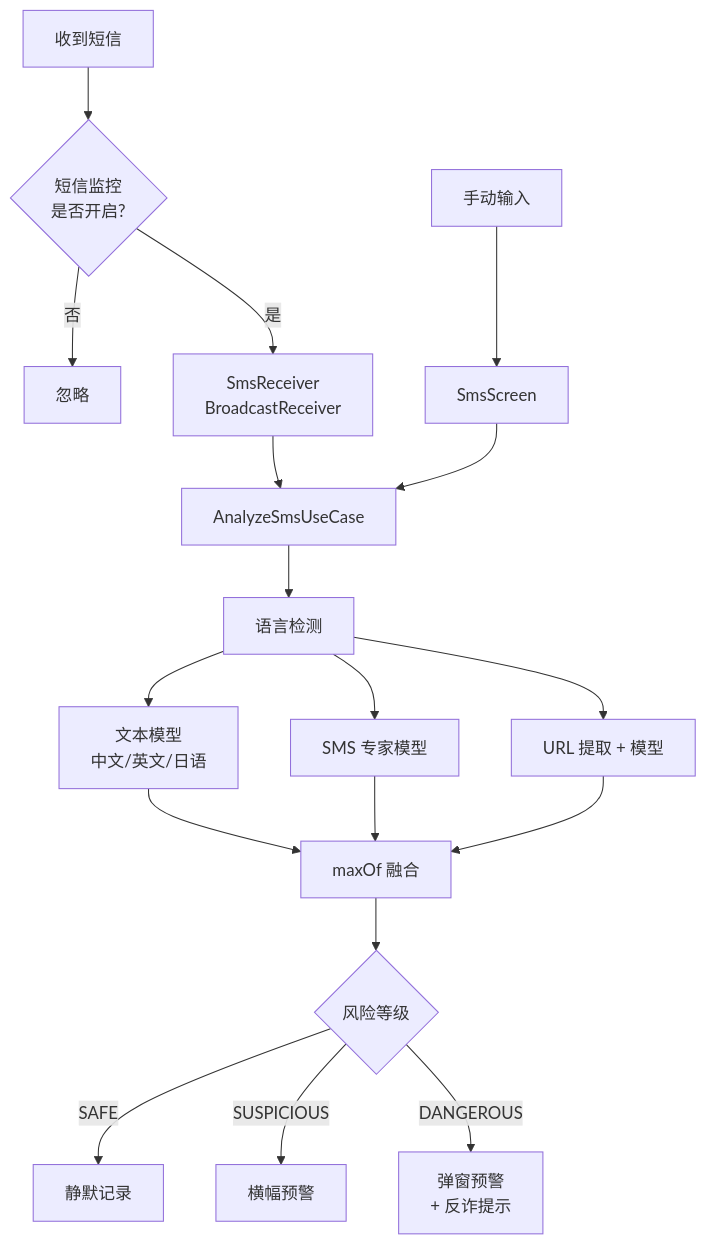
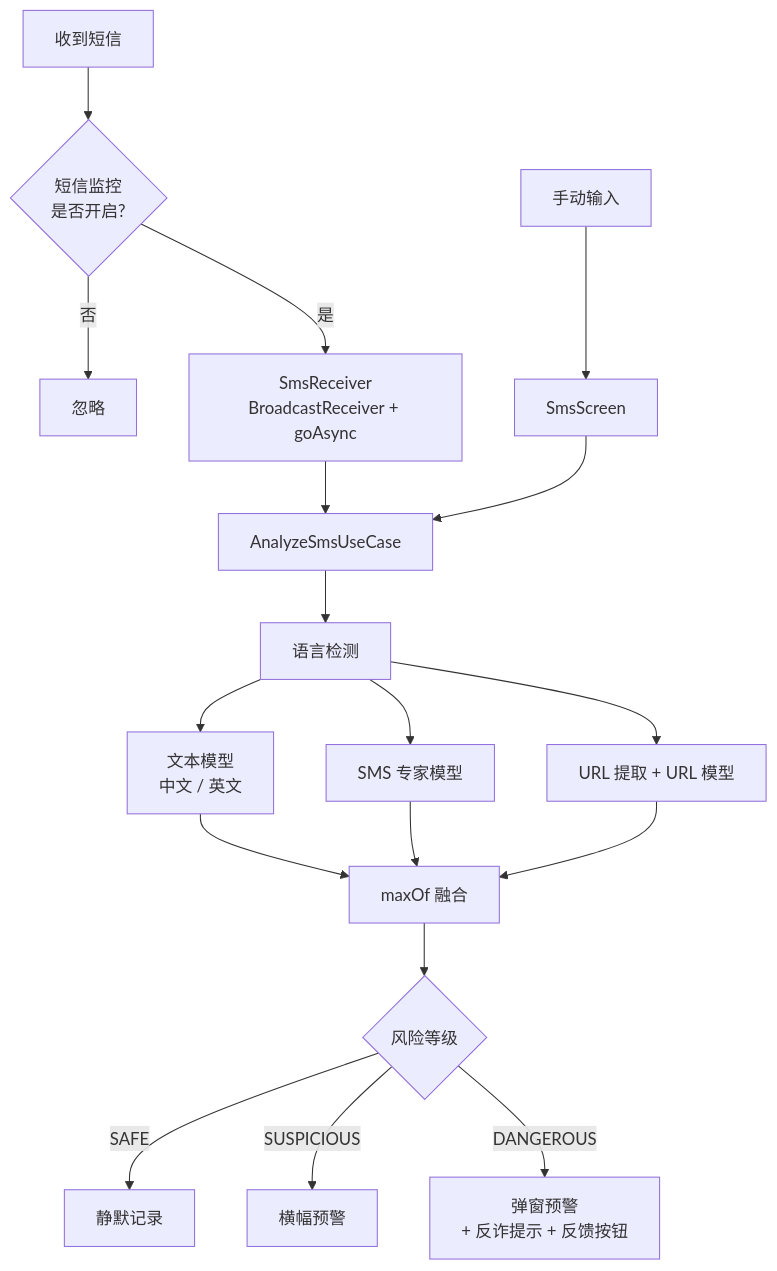
The third of 3 diagrams in readme/README.zh-CN.md (Tianshang301/TianshangGuard), drawn with Mermaid before and after one commit. The commit also changed other lines of this file and 3 other files, not shown here.

````diff
--- a/readme/README.zh-CN.md
+++ b/readme/README.zh-CN.md
@@ -88,21 +147,21 @@
 ```mermaid
 flowchart TD
     A[收到短信] --> B{短信监控<br/>是否开启?}
     B -->|否| C[忽略]
-    B -->|是| D[SmsReceiver<br/>BroadcastReceiver]
+    B -->|是| D[SmsReceiver<br/>BroadcastReceiver + goAsync]
     D --> E[AnalyzeSmsUseCase]
     E --> F[语言检测]
-    F --> G[文本模型<br/>中文/英文/日语]
+    F --> G[文本模型<br/>中文 / 英文]
     F --> H[SMS 专家模型]
-    F --> I[URL 提取 + 模型]
+    F --> I[URL 提取 + URL 模型]
     G --> J[maxOf 融合]
     H --> J
     I --> J
     J --> K{风险等级}
     K -->|SAFE| L[静默记录]
     K -->|SUSPICIOUS| M[横幅预警]
-    K -->|DANGEROUS| N[弹窗预警<br/>+ 反诈提示]
+    K -->|DANGEROUS| N[弹窗预警<br/>+ 反诈提示 + 反馈按钮]
 
     O[手动输入] --> P[SmsScreen]
     P --> E
 ```
````
